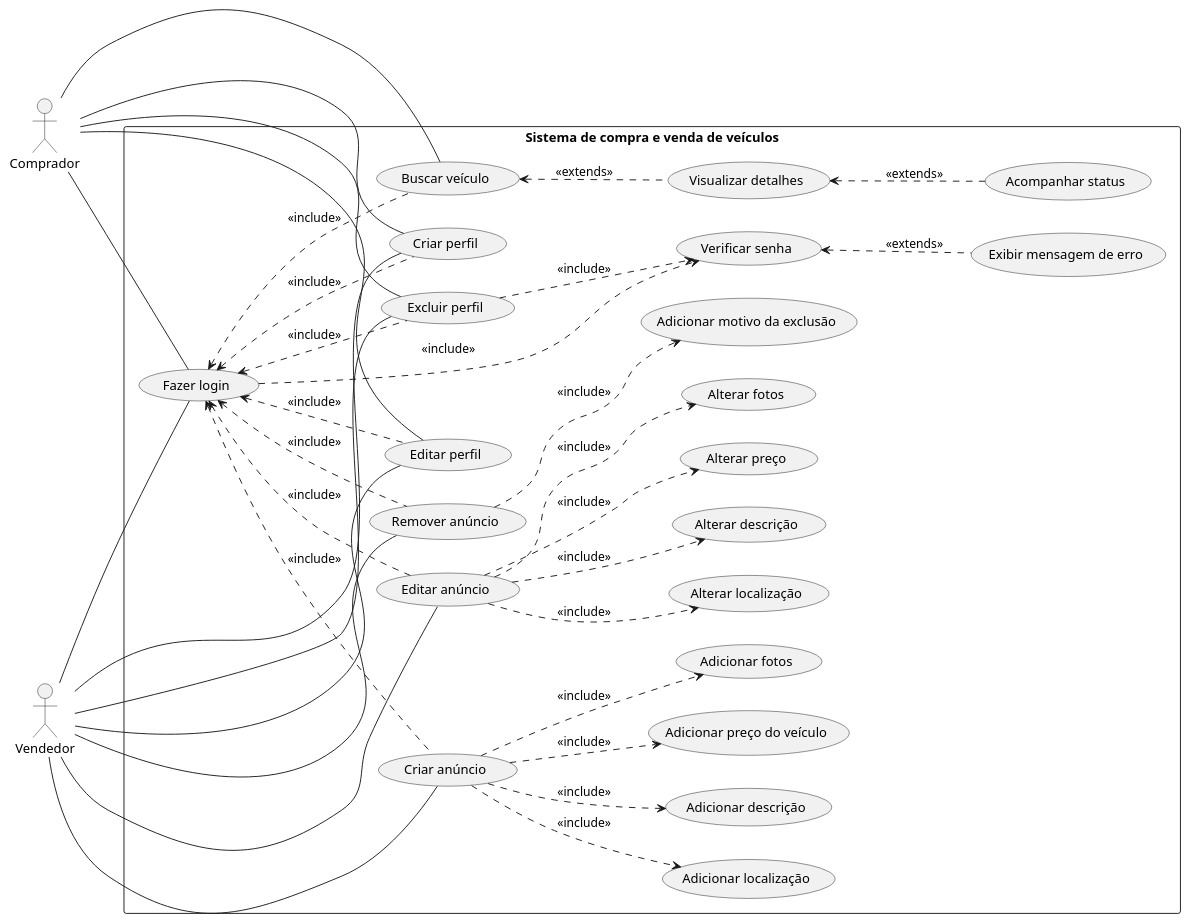
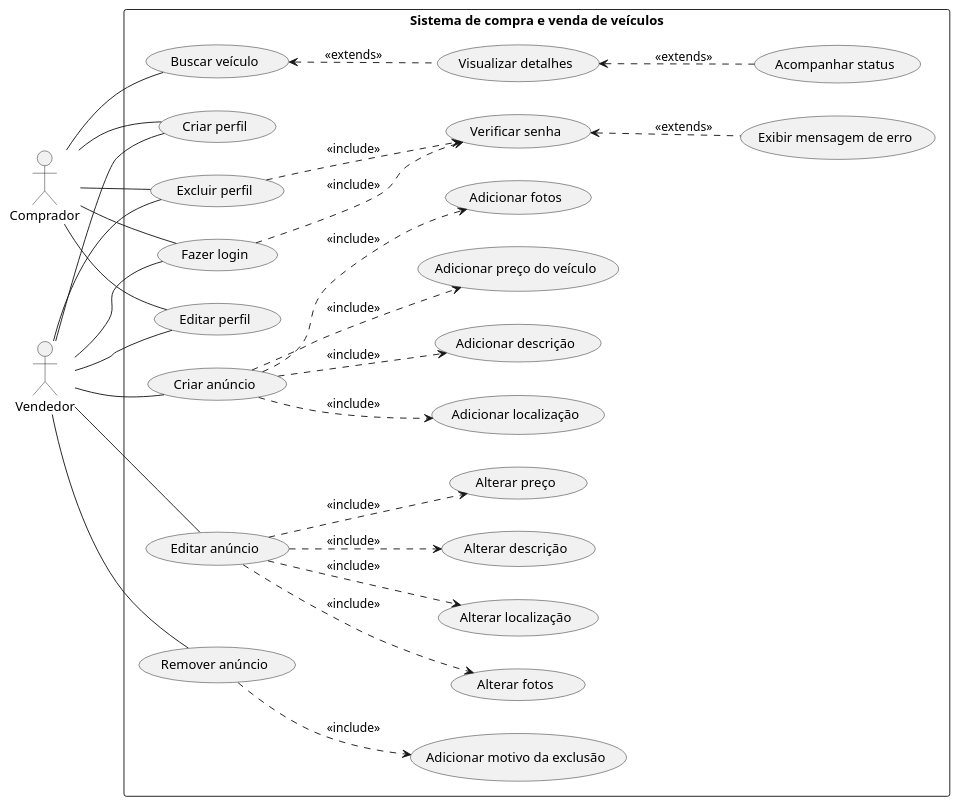
Before and after one commit to guilhermeoliveirateo/sistema-compra-venda-veiculos: the diagram in uc_fluxo_sistema.md, drawn with PlantUML.

````diff
--- a/uc_fluxo_sistema.md
+++ b/uc_fluxo_sistema.md
@@ -9,69 +9,60 @@
 ``` plantuml
 @startuml 
 
 left to right direction
 actor "Comprador" as comprador
 actor "Vendedor" as vendedor
 
 rectangle "Sistema de compra e venda de veículos"{
 usecase "Fazer login" as uc1
 usecase "Editar perfil" as uc2
 usecase "Criar anúncio" as uc3
 usecase "Editar anúncio" as uc4
 usecase "Remover anúncio" as uc5
 usecase "Buscar veículo" as uc6
 usecase "Verificar senha" as uc7
 usecase "Exibir mensagem de erro" as uc8
 usecase "Adicionar descrição" as uc9
 usecase "Adicionar preço do veículo" as uc10
 usecase "Alterar descrição" as uc11
 usecase "Alterar preço" as uc12
 usecase "Adicionar motivo da exclusão" as uc13
 usecase "Visualizar detalhes" as uc14
 usecase "Acompanhar status" as uc15
 usecase "Criar perfil" as uc16
 usecase "Adicionar fotos" as uc17
 usecase "Adicionar localização" as uc18
 usecase "Alterar fotos" as uc19
 usecase "Alterar localização" as uc20
 usecase "Excluir perfil" as uc21
 }
 
 vendedor -- uc16
 comprador -- uc16
 vendedor -- uc1
 comprador -- uc1
 uc1 ..> uc7 :<<include>>
 uc7 <.. uc8 :<<extends>>
-
-uc1 <.. uc2 :<<include>>
-uc1 <.. uc3 :<<include>>
-uc1 <.. uc4 :<<include>>
-uc1 <.. uc5 :<<include>>
-uc1 <.. uc6 :<<include>>
-uc1 <.. uc16 :<<include>>
-uc1 <.. uc21 :<<include>>
-
 vendedor -- uc2
 comprador -- uc2
 vendedor -- uc21
 comprador -- uc21
 uc21 ..> uc7 :<<include>>
 vendedor -- uc3
 uc3 ..> uc9 :<<include>>
 uc3 ..> uc10 :<<include>>
 uc3 ..> uc17 :<<include>>
 uc3 ..> uc18 :<<include>>
 vendedor -- uc4
 uc4 ..> uc11 :<<include>>
 uc4 ..> uc12 :<<include>>
 uc4 ..> uc19 :<<include>>
 uc4 ..> uc20 :<<include>>
 vendedor -- uc5
 uc5 ..> uc13 :<<include>>
 comprador -- uc6
 uc6 <.. uc14 :<<extends>>
 uc14 <.. uc15 :<<extends>>
  
 @enduml
 ```
````
